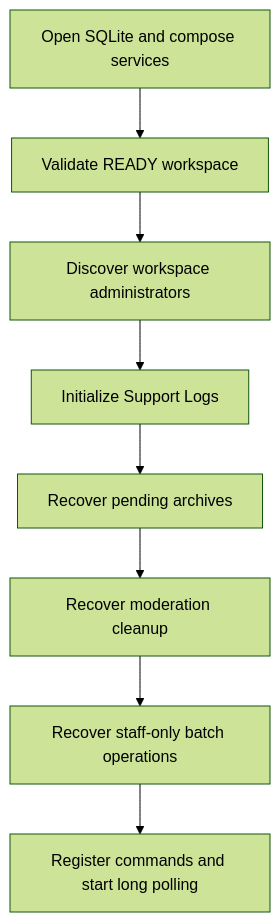
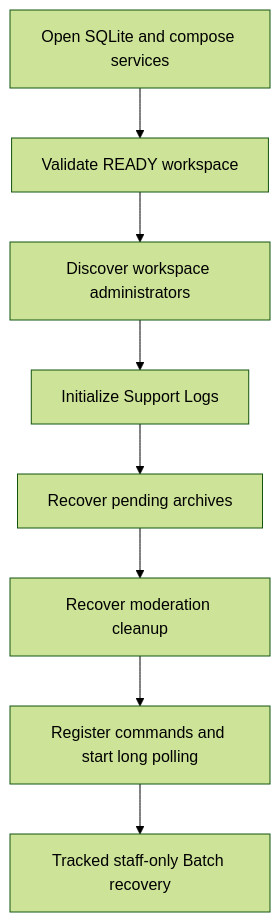
The sixth of 6 diagrams in docs/ARCHITECTURE.md (mikhail494/telegram-ticket-system), drawn with Mermaid (forest theme) before and after one commit. The commit also changed other lines of this file and 6 other files, not shown here.

Commit message:
Add architecture complexity guardrails

````diff
--- a/docs/ARCHITECTURE.md
+++ b/docs/ARCHITECTURE.md
@@ -102,10 +108,10 @@
 ```mermaid
 flowchart TD
   A[Open SQLite and compose services] --> B[Validate READY workspace]
   B --> C[Discover workspace administrators]
   C --> D[Initialize Support Logs]
   D --> E[Recover pending archives]
   E --> F[Recover moderation cleanup]
-  F --> G[Recover staff-only batch operations]
-  G --> H[Register commands and start long polling]
+  F --> G[Register commands and start long polling]
+  G --> H[Tracked staff-only Batch recovery]
 ```
````
